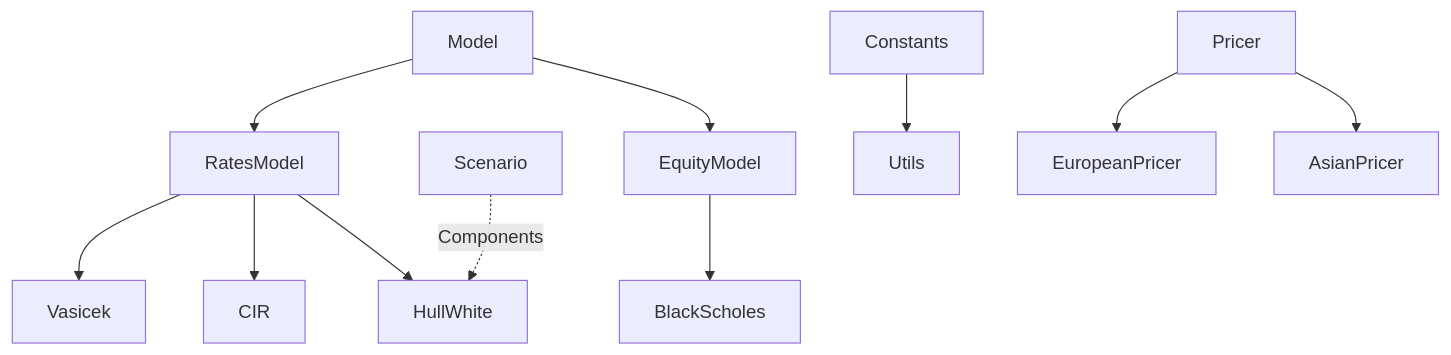
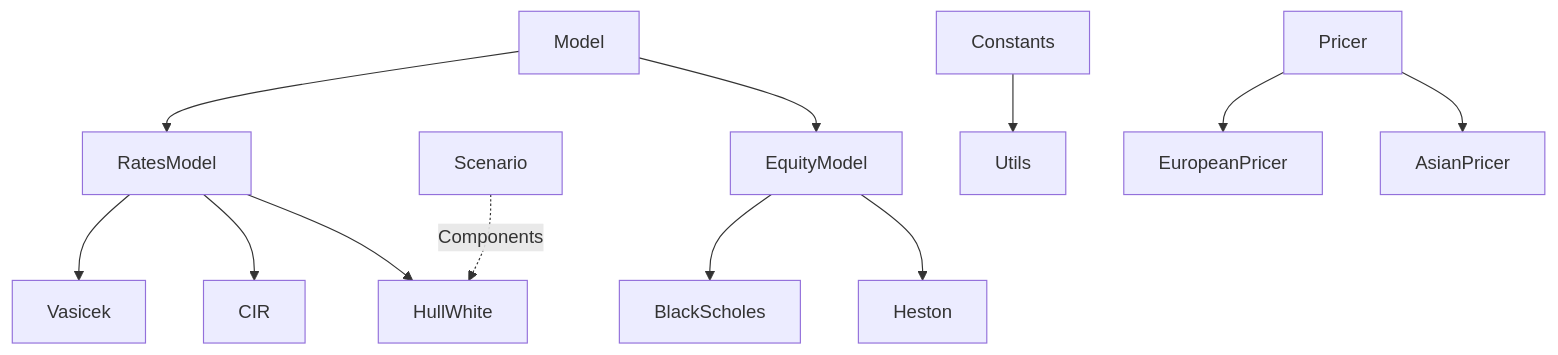
Before and after one commit to lcsrodriguez/CuttingEdge-Milliman: the diagram in docs/architecture.md, drawn with Mermaid. The commit also changed 1 other file, not shown here.

Commit message:
Update of class tree 3

````diff
--- a/docs/architecture.md
+++ b/docs/architecture.md
@@ -6,13 +6,16 @@
 ```mermaid
   graph TD;
       Model --> RatesModel
       Model --> EquityModel
       RatesModel --> Vasicek
       RatesModel --> CIR
       RatesModel --> HullWhite
       Scenario -. Components .-> HullWhite
       EquityModel --> BlackScholes
+      EquityModel --> Heston
+
       Constants --> Utils
+
       Pricer --> EuropeanPricer
       Pricer --> AsianPricer
 ```
````
